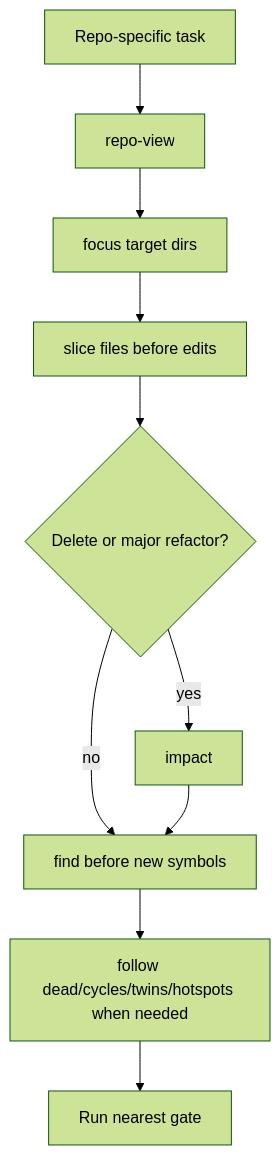
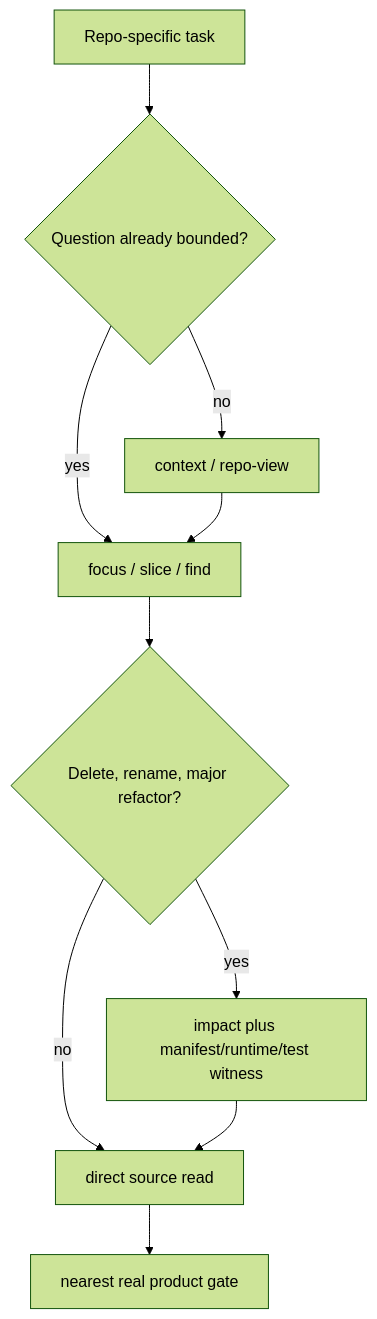
Before and after one commit to VetCoders/vibecrafted: the diagram in vibecrafted-core/vibecrafted_core/skills/vc-loctree/FLOW.md, drawn with Mermaid (forest theme). The commit also changed other lines of this file and 405 other files, not shown here.

````diff
--- a/vibecrafted-core/vibecrafted_core/skills/vc-loctree/FLOW.md
+++ b/vibecrafted-core/vibecrafted_core/skills/vc-loctree/FLOW.md
@@ -5,12 +3,12 @@
 ```mermaid
 flowchart TD
-    A[Repo-specific task] --> B[repo-view]
-    B --> C[focus target dirs]
-    C --> D[slice files before edits]
-    D --> E{Delete or major refactor?}
-    E -->|yes| F[impact]
-    E -->|no| G[find before new symbols]
+    A[Repo-specific task] --> B{Question already bounded?}
+    B -->|no| C[context / repo-view]
+    B -->|yes| D[focus / slice / find]
+    C --> D
+    D --> E{Delete, rename, major refactor?}
+    E -->|yes| F[impact plus manifest/runtime/test witness]
+    E -->|no| G[direct source read]
     F --> G
-    G --> H[follow dead/cycles/twins/hotspots when needed]
-    H --> I[Run nearest gate]
+    G --> H[nearest real product gate]
 ```
````
